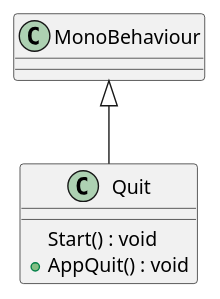
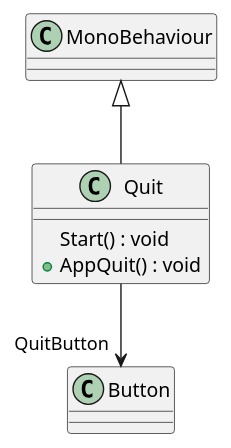
The diagram in Assets/Scripts/plantuml/UIs/Quit.puml (202004g07/UnityShooting), drawn with PlantUML before and after one commit. The commit also changed 23 other files, not shown here.

```diff
--- a/Assets/Scripts/plantuml/UIs/Quit.puml
+++ b/Assets/Scripts/plantuml/UIs/Quit.puml
@@ -1,7 +1,8 @@
 @startuml
 class Quit {
     Start() : void
     + AppQuit() : void
 }
 MonoBehaviour <|-- Quit
+Quit --> "QuitButton" Button
 @enduml
```
